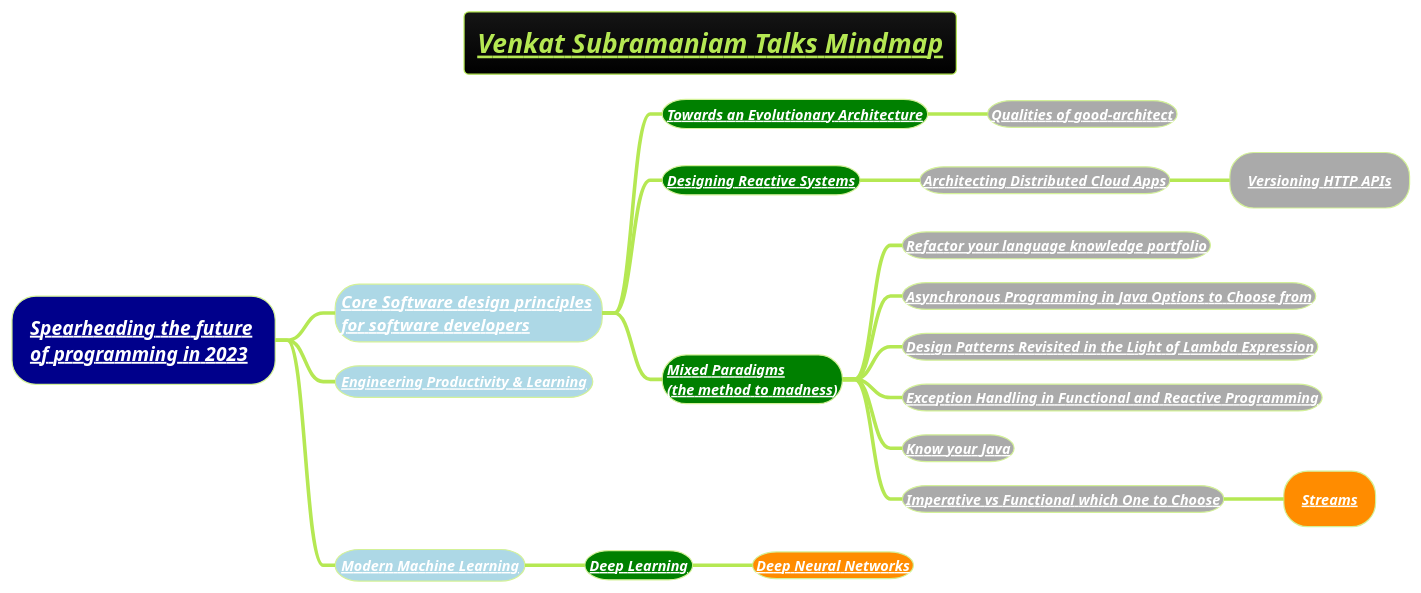
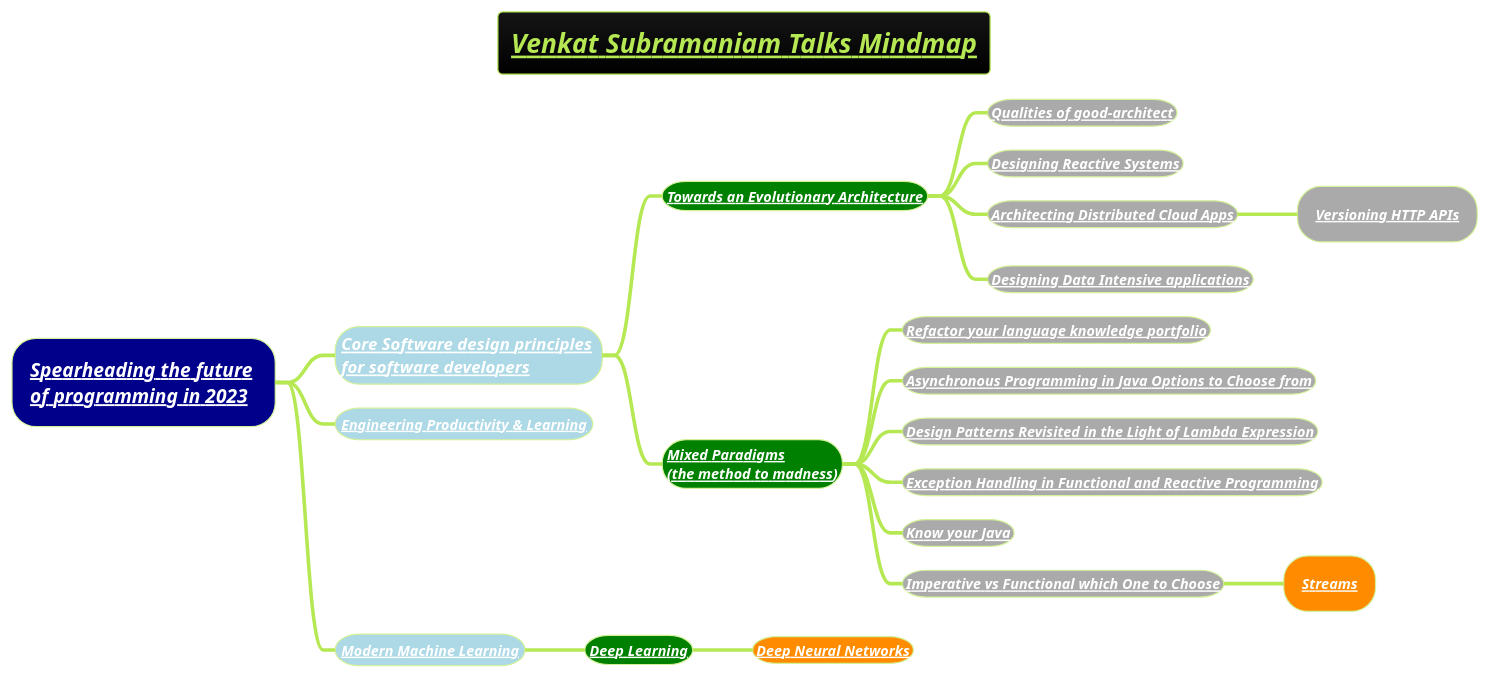
The diagram in docs/3-programming-languages/Venkat-Subramaniam/venkat-talks-mindmap.puml (MehmoodHashmi/Documentation-as-Code-DaC), drawn with PlantUML before and after one commit. The commit also changed 2 other files, not shown here.

```diff
--- a/docs/3-programming-languages/Venkat-Subramaniam/venkat-talks-mindmap.puml
+++ b/docs/3-programming-languages/Venkat-Subramaniam/venkat-talks-mindmap.puml
@@ -1,25 +1,26 @@
 @startmindmap
 title =<i><b><u><size:18>Venkat Subramaniam Talks Mindmap
 !theme hacker
 
 *[#darkblue] <i><color #black>[[docs/3-programming-languages/Venkat-Subramaniam/Spearheading-the-future-of-programming-2023.puml Spearheading the future]] \n<i><color #black>[[docs/3-programming-languages/Venkat-Subramaniam/Spearheading-the-future-of-programming-2023.puml of programming in 2023]]
 **[#lightblue] <color:white><i>[[docs/3-programming-languages/Venkat-Subramaniam/Core-Software-design-principles-for-software-developers.puml Core Software design principles]] \n<color:white><i>[[docs/3-programming-languages/Venkat-Subramaniam/Core-Software-design-principles-for-software-developers.puml for software developers ]]
 ***[#green] <b><i><color #black><size:12>[[docs/3-programming-languages/Venkat-Subramaniam/Towards-an-Evolutionary-Architecture.puml Towards an Evolutionary Architecture]]
 ****[#a] <b><i><color #black><size:12>[[docs/3-programming-languages/Venkat-Subramaniam/Qualities-of-good-architect.puml Qualities of good-architect]]
-***[#green] <b><i><color #black><size:12>[[docs/3-programming-languages/Venkat-Subramaniam/Designing-Reactive-Systems.puml Designing Reactive Systems]]
+****[#a] <b><i><color #black><size:12>[[docs/3-programming-languages/Venkat-Subramaniam/Designing-Reactive-Systems.puml Designing Reactive Systems]]
 ****[#a] <b><i><color #black><size:12>[[docs/3-programming-languages/Venkat-Subramaniam/Architecting-Distributed-Cloud-Apps.puml Architecting Distributed Cloud Apps]]
 *****[#a] <b><i><color #black><size:12>[[docs/3-programming-languages/Venkat-Subramaniam/Architecting-Distributed-Cloud-Apps.puml Versioning HTTP APIs]]
+****[#a] <b><i><color #black><size:12>[[docs/books/1-books-backlog/DBMS/Designing-Data-Intensive-Applications.puml Designing Data Intensive applications]]
 ***[#green] <b><i><color #black><size:12>[[docs/3-programming-languages/Venkat-Subramaniam/mixed-paradigms-(the-method-to-madness).puml Mixed Paradigms]] \n<b><i><color #black><size:12>[[docs/3-programming-languages/Venkat-Subramaniam/mixed-paradigms-(the-method-to-madness).puml (the method to madness)]]
 ****[#a] <b><i><color #black><size:12>[[docs/3-programming-languages/Venkat-Subramaniam/Refactor-your-language-knowledge-portfolio-(we-are-what-we-can-code-in).puml Refactor your language knowledge portfolio]]
 ****[#a] <b><i><color #black><size:12>[[docs/3-programming-languages/Venkat-Subramaniam/Asynchronous-Programming-in-Java-Options-to-Choose-from.puml Asynchronous Programming in Java Options to Choose from]]
 ****[#a] <b><i><color #black><size:12>[[docs/3-programming-languages/Venkat-Subramaniam/Design-Patterns-revisited-in-the-Light-of-Lambda-Expression.puml Design Patterns Revisited in the Light of Lambda Expression]]
 ****[#a] <b><i><color #black><size:12>[[docs/3-programming-languages/Venkat-Subramaniam/Exception-Handling-in-Functional-and-Reactive-Programming.puml Exception Handling in Functional and Reactive Programming]]
 ****[#a] <b><i><color #black><size:12>[[docs/3-programming-languages/Venkat-Subramaniam/Know-your-java-venkat.puml Know your Java]]
 ****[#a] <b><i><color #black><size:12>[[docs/3-programming-languages/Venkat-Subramaniam/Imperative-vs-Functional-Which-one-to-Choose.puml Imperative vs Functional which One to Choose]]
 *****[#darkorange] <b><i><color #black><size:12>[[docs/3-programming-languages/Venkat-Subramaniam/Streams.puml Streams]]
 **[#lightblue] <b><i><color #black><size:12>[[docs/3-programming-languages/Venkat-Subramaniam/Engineering-Productivity-and-Learning.puml Engineering Productivity & Learning]]
 **[#lightblue] <b><i><color #black><size:12>[[docs/AI-ML-DL-Data-Science-and-BigData/machine-learning-ML/Modern-Machine-Learning.puml Modern Machine Learning]]
 ***[#green] <b><i><color #black><size:12>[[docs/AI-ML-DL-Data-Science-and-BigData/machine-learning-ML/3-deep-learning-DL/Deep-Learning.puml Deep Learning]]
 ****[#darkorange] <b><i><color #black><size:12>[[docs/AI-ML-DL-Data-Science-and-BigData/machine-learning-ML/3-deep-learning-DL/Neural-Network-Architecture.puml Deep Neural Networks]]
 
 @endmindmap
```
